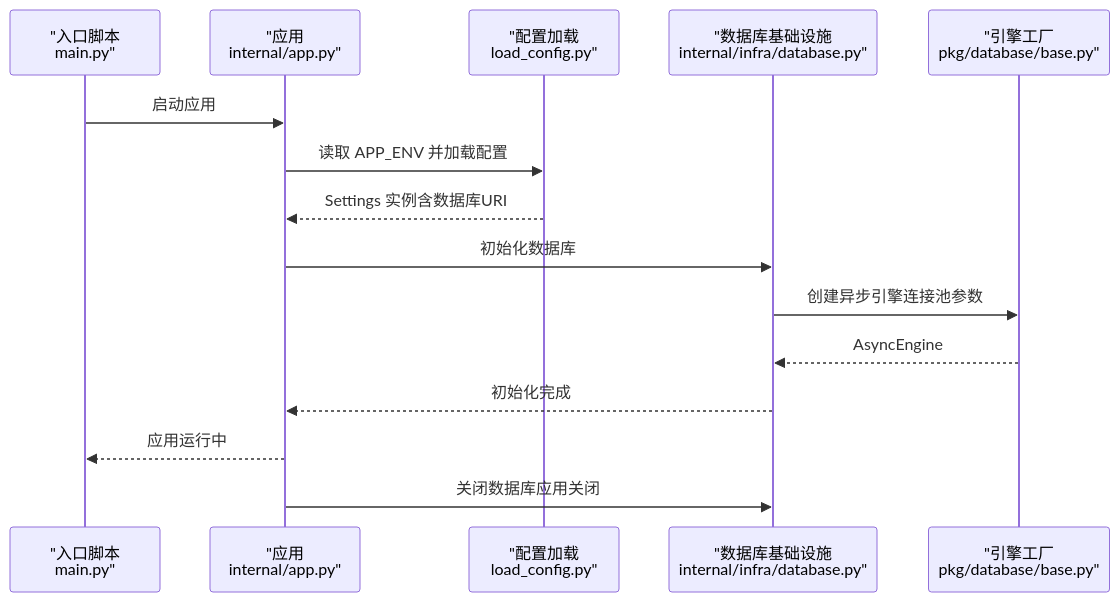
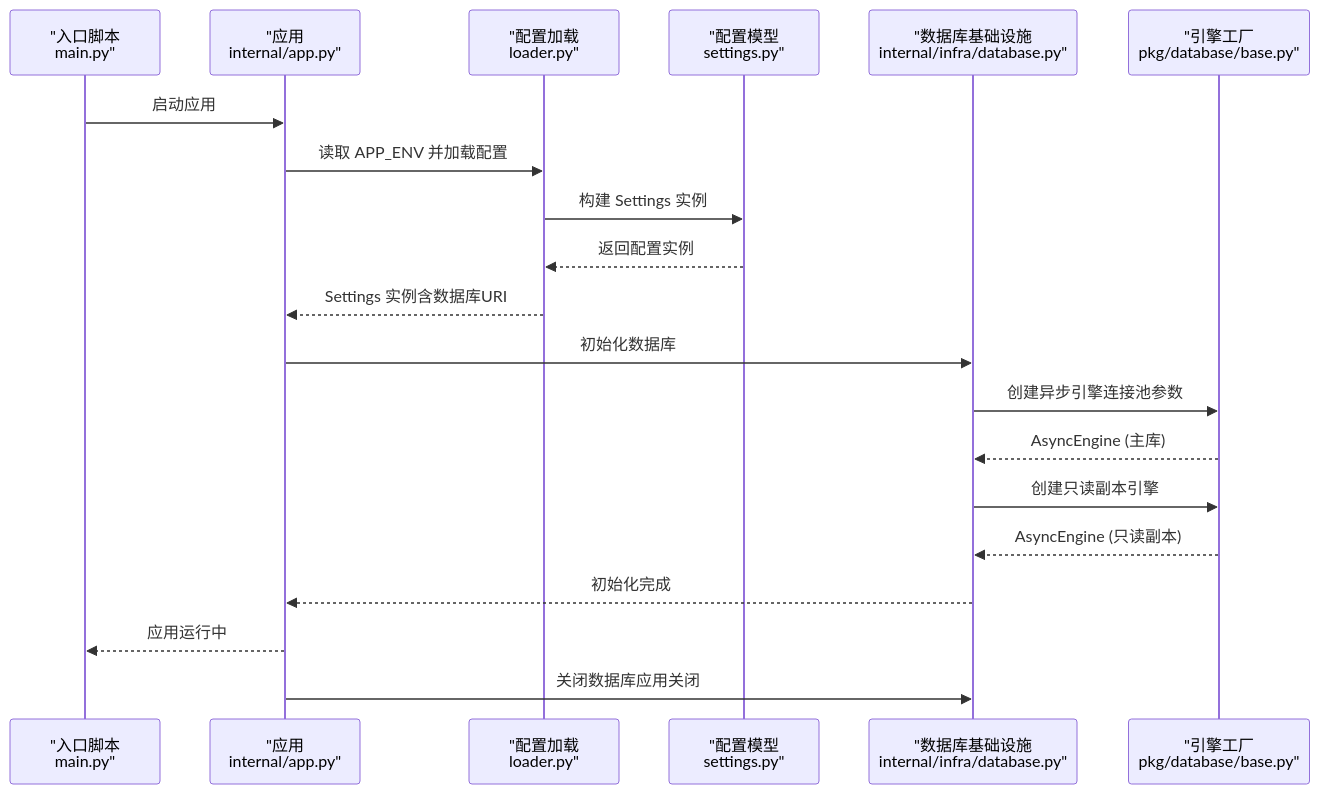
The second of 4 diagrams in .qoder/repowiki/zh/content/数据库集成/数据库配置.md (lilinzezzzzzz/fastapi-backend), drawn with Mermaid before and after one commit. The commit also changed other lines of this file and 38 other files, not shown here.

````diff
--- a/.qoder/repowiki/zh/content/数据库集成/数据库配置.md
+++ b/.qoder/repowiki/zh/content/数据库集成/数据库配置.md
@@ -120,17 +123,22 @@
 ```mermaid
 sequenceDiagram
 participant Main as "入口脚本<br/>main.py"
 participant App as "应用<br/>internal/app.py"
-participant Cfg as "配置加载<br/>load_config.py"
+participant Cfg as "配置加载<br/>loader.py"
+participant Settings as "配置模型<br/>settings.py"
 participant DBInfra as "数据库基础设施<br/>internal/infra/database.py"
 participant Engine as "引擎工厂<br/>pkg/database/base.py"
 Main->>App : 启动应用
 App->>Cfg : 读取 APP_ENV 并加载配置
+Cfg->>Settings : 构建 Settings 实例
+Settings-->>Cfg : 返回配置实例
 Cfg-->>App : Settings 实例含数据库URI
 App->>DBInfra : 初始化数据库
 DBInfra->>Engine : 创建异步引擎连接池参数
-Engine-->>DBInfra : AsyncEngine
+Engine-->>DBInfra : AsyncEngine (主库)
+DBInfra->>Engine : 创建只读副本引擎
+Engine-->>DBInfra : AsyncEngine (只读副本)
 DBInfra-->>App : 初始化完成
 App-->>Main : 应用运行中
 App->>DBInfra : 关闭数据库应用关闭
 ```
````
